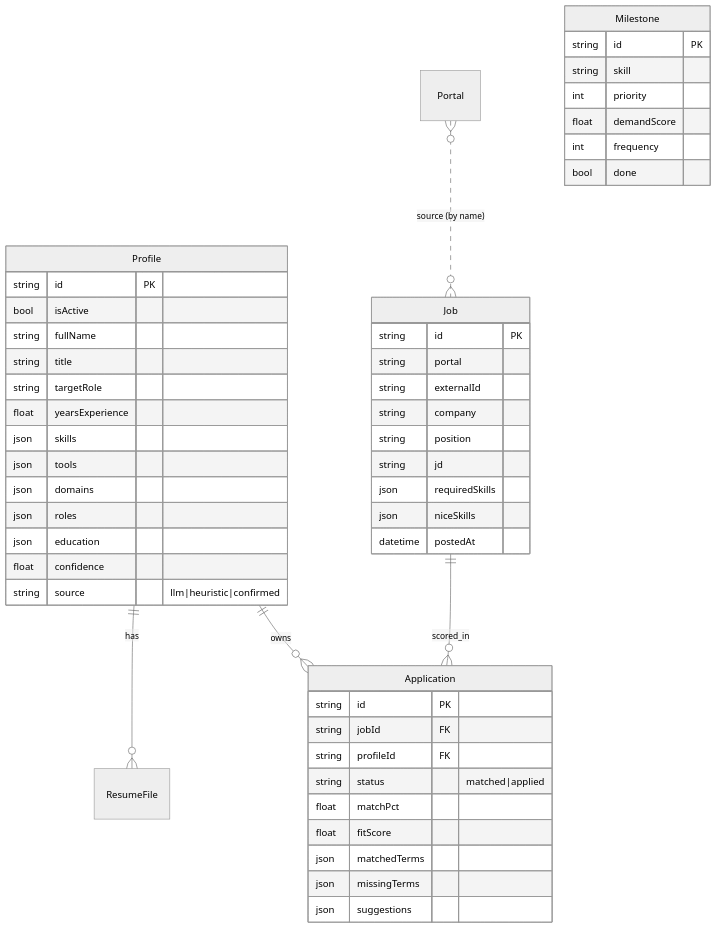
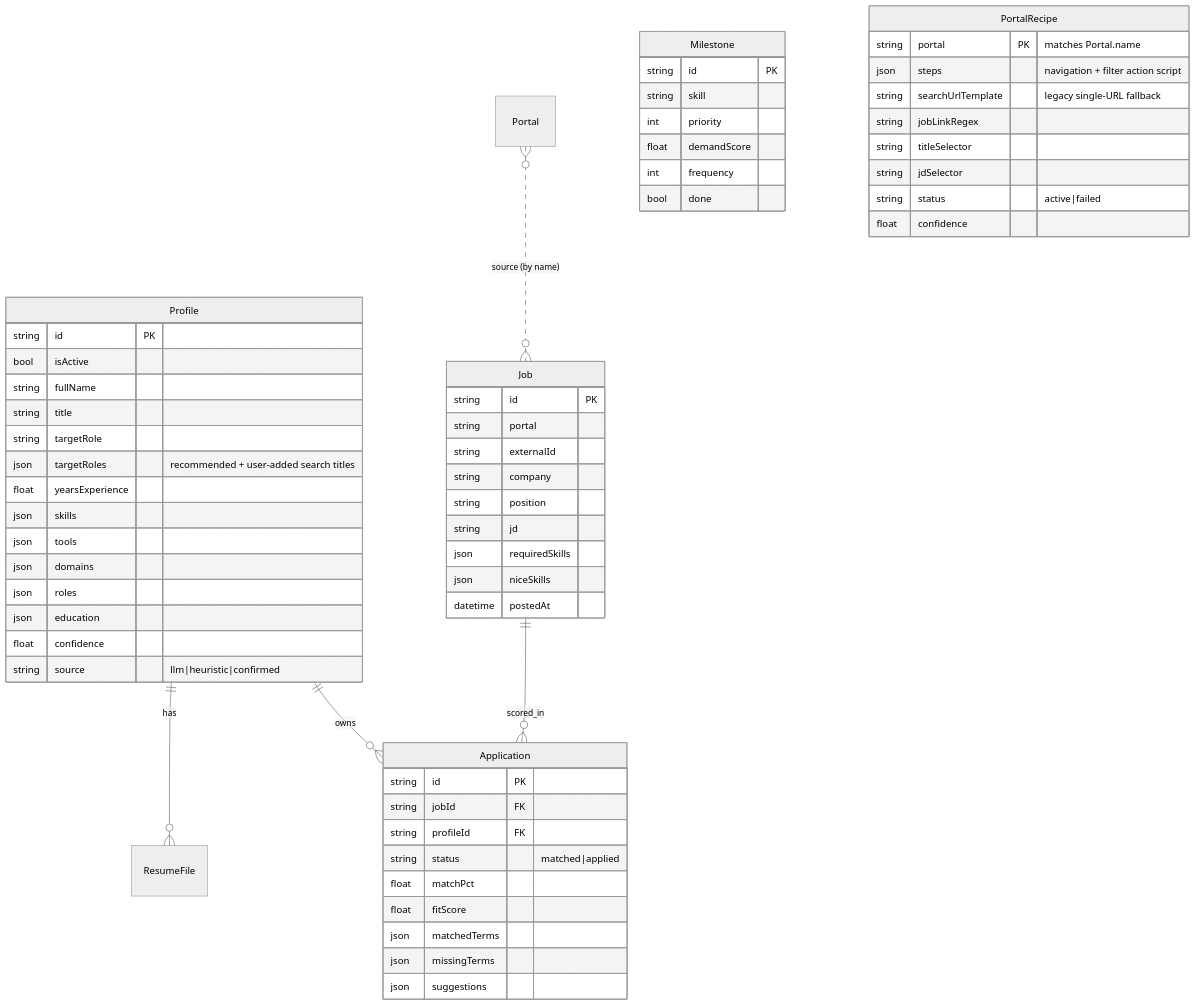
Before and after one commit to lamadev7/job-hunt-scout: the sixth of 6 diagrams in ARCHITECTURE.md, drawn with Mermaid (neutral theme). The commit also changed other lines of this file and 1 other file, not shown here.

Commit message:
docs: reflect self-learning portals, LLM judge, fair scoring, multi-title roles

````diff
--- a/ARCHITECTURE.md
+++ b/ARCHITECTURE.md
@@ -187,53 +195,64 @@
 ```mermaid
 erDiagram
   Profile ||--o{ ResumeFile : has
   Profile ||--o{ Application : owns
   Job ||--o{ Application : scored_in
   Portal }o..o{ Job : "source (by name)"
 
   Profile {
     string id PK
     bool isActive
     string fullName
     string title
     string targetRole
+    json targetRoles "recommended + user-added search titles"
     float yearsExperience
     json skills
     json tools
     json domains
     json roles
     json education
     float confidence
     string source "llm|heuristic|confirmed"
   }
   Job {
     string id PK
     string portal
     string externalId
     string company
     string position
     string jd
     json requiredSkills
     json niceSkills
     datetime postedAt
   }
   Application {
     string id PK
     string jobId FK
     string profileId FK
     string status "matched|applied"
     float matchPct
     float fitScore
     json matchedTerms
     json missingTerms
     json suggestions
   }
   Milestone {
     string id PK
     string skill
     int priority
     float demandScore
     int frequency
     bool done
   }
+  PortalRecipe {
+    string portal PK "matches Portal.name"
+    json steps "navigation + filter action script"
+    string searchUrlTemplate "legacy single-URL fallback"
+    string jobLinkRegex
+    string titleSelector
+    string jdSelector
+    string status "active|failed"
+    float confidence
+  }
 ```
````
